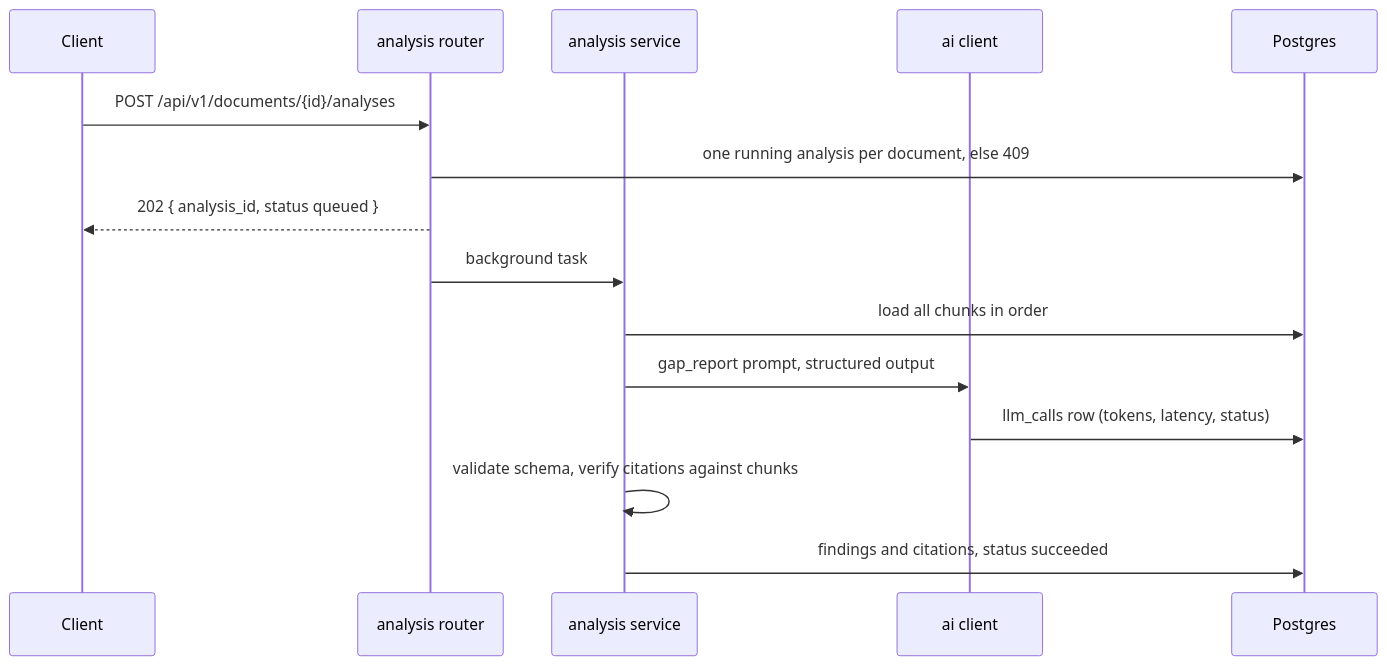
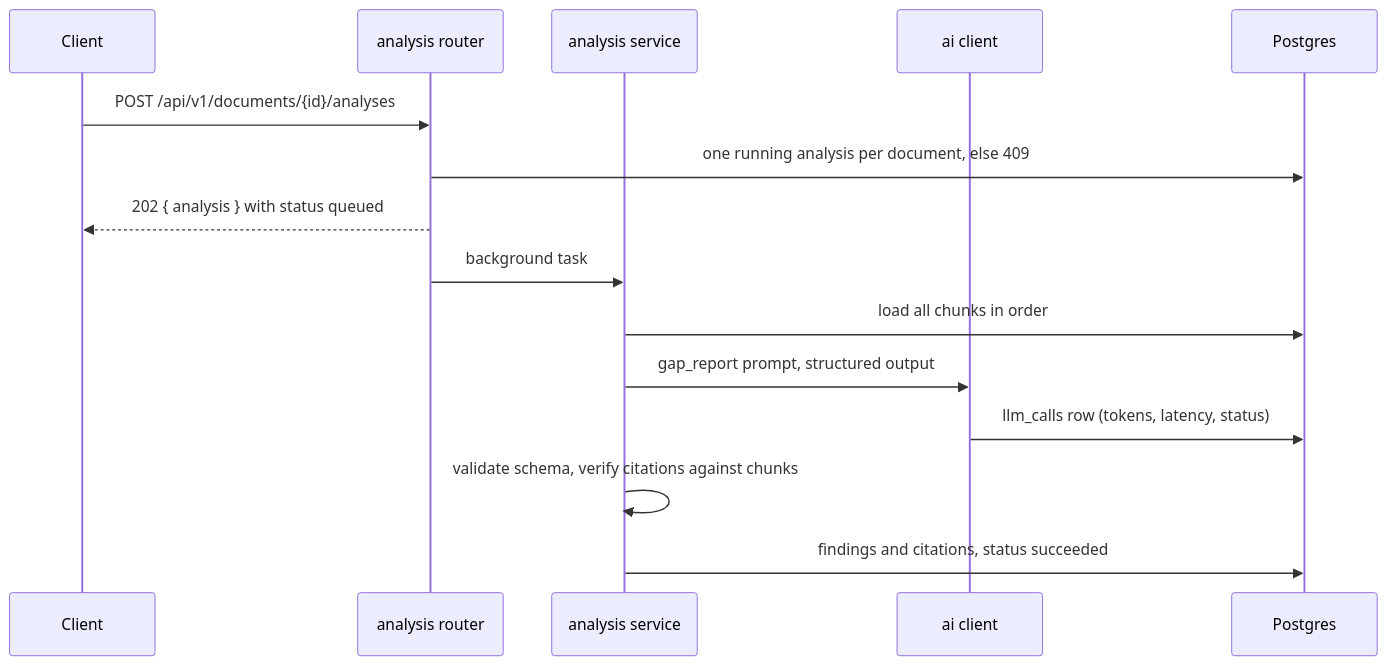
The third of 4 diagrams in docs/architecture.md (gs0208-dev/gaplens), drawn with Mermaid before and after one commit. The commit also changed 21 other files, not shown here.

````diff
--- a/docs/architecture.md
+++ b/docs/architecture.md
@@ -104,17 +104,17 @@
 ```mermaid
 sequenceDiagram
   participant C as Client
   participant API as analysis router
   participant S as analysis service
   participant AI as ai client
   participant DB as Postgres
   C->>API: POST /api/v1/documents/{id}/analyses
   API->>DB: one running analysis per document, else 409
-  API-->>C: 202 { analysis_id, status queued }
+  API-->>C: 202 { analysis } with status queued
   API->>S: background task
   S->>DB: load all chunks in order
   S->>AI: gap_report prompt, structured output
   AI->>DB: llm_calls row (tokens, latency, status)
   S->>S: validate schema, verify citations against chunks
   S->>DB: findings and citations, status succeeded
 ```
````
